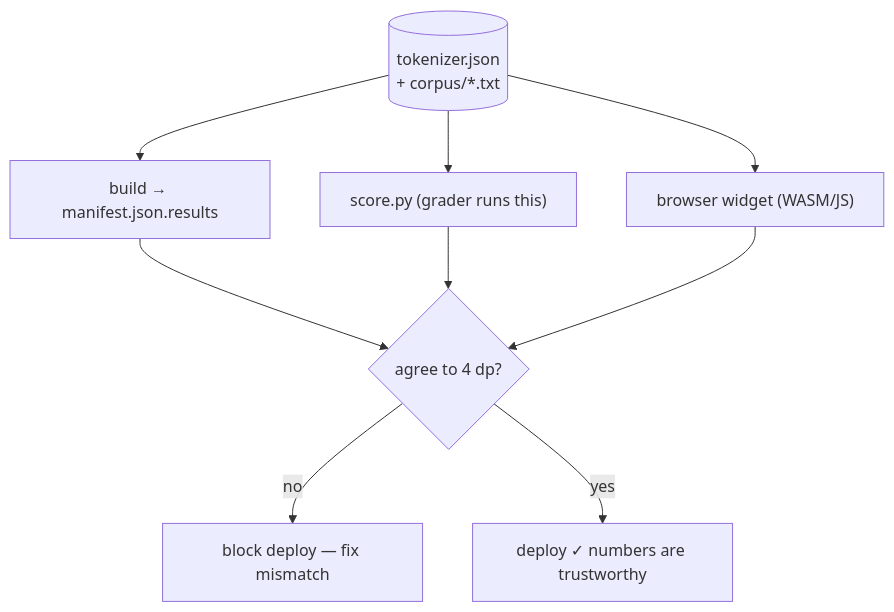
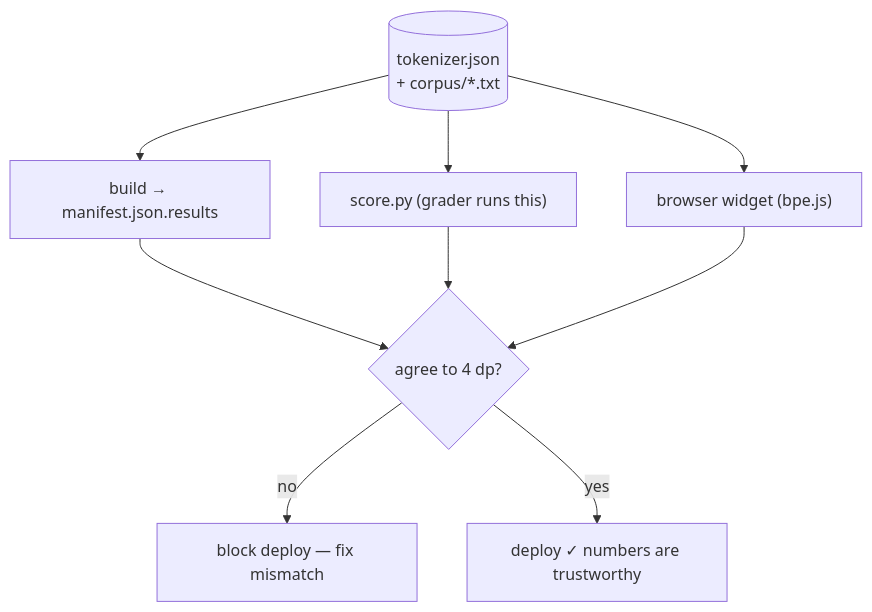
Before and after one commit to AditeyaAItronics/llm_finetune_assignments: the fifth of 5 diagrams in india-bpe-tokenizer/BPE_Tokenizer_Design_Spec.md, drawn with Mermaid. The commit also changed other lines of this file, not shown here.

````diff
--- a/india-bpe-tokenizer/BPE_Tokenizer_Design_Spec.md
+++ b/india-bpe-tokenizer/BPE_Tokenizer_Design_Spec.md
@@ -453,11 +454,11 @@
 ```mermaid
 flowchart TD
     TOK[("tokenizer.json<br/>+ corpus/*.txt")] --> B["build → manifest.json.results"]
     TOK --> S["score.py (grader runs this)"]
-    TOK --> W["browser widget (WASM/JS)"]
+    TOK --> W["browser widget (bpe.js)"]
     B --> CMP{agree to 4 dp?}
     S --> CMP
     W --> CMP
     CMP -- no --> BLK["block deploy — fix mismatch"]
     CMP -- yes --> OK["deploy ✓ numbers are trustworthy"]
 ```
````
